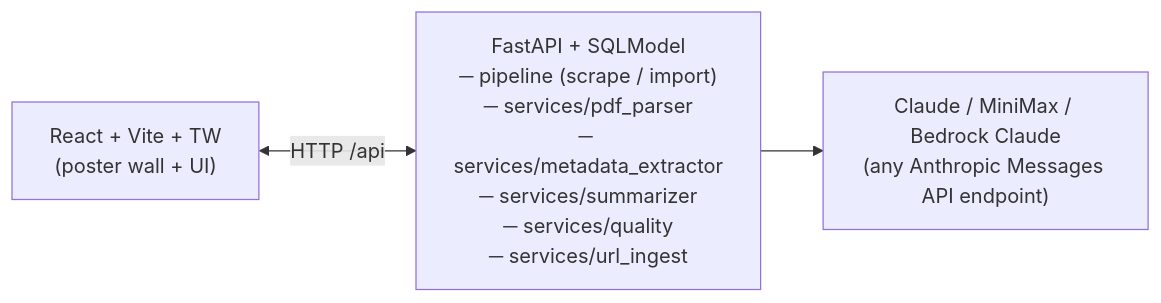
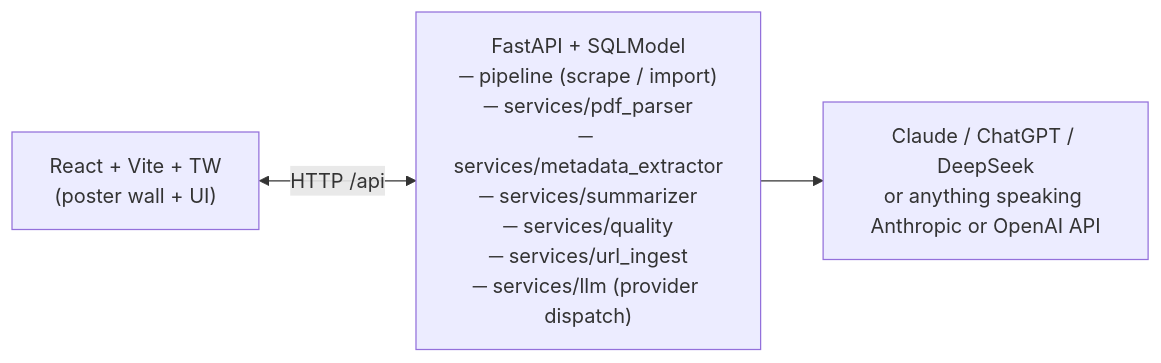
One commit to YangSJ2019/Paperfin changed the diagram in README.md. Above: the diagram before and after it, drawn with Mermaid. The commit also changed other lines of this file and 4 other files, not shown here.

First line of the commit message:
Add first-class OpenAI provider alongside Anthropic

````diff
--- a/README.md
+++ b/README.md
@@ -45,9 +46,9 @@
 ```mermaid
 flowchart LR
     FE["React + Vite + TW<br/>(poster wall + UI)"]
-    BE["FastAPI + SQLModel<br/>─ pipeline (scrape / import)<br/>─ services/pdf_parser<br/>─ services/metadata_extractor<br/>─ services/summarizer<br/>─ services/quality<br/>─ services/url_ingest"]
-    LLM["Claude / MiniMax / Bedrock Claude<br/>(any Anthropic Messages API endpoint)"]
+    BE["FastAPI + SQLModel<br/>─ pipeline (scrape / import)<br/>─ services/pdf_parser<br/>─ services/metadata_extractor<br/>─ services/summarizer<br/>─ services/quality<br/>─ services/url_ingest<br/>─ services/llm (provider dispatch)"]
+    LLM["Claude / ChatGPT / DeepSeek<br/>or anything speaking Anthropic or OpenAI API"]
 
     FE <-- "HTTP /api" --> BE
     BE --> LLM
 ```
````
